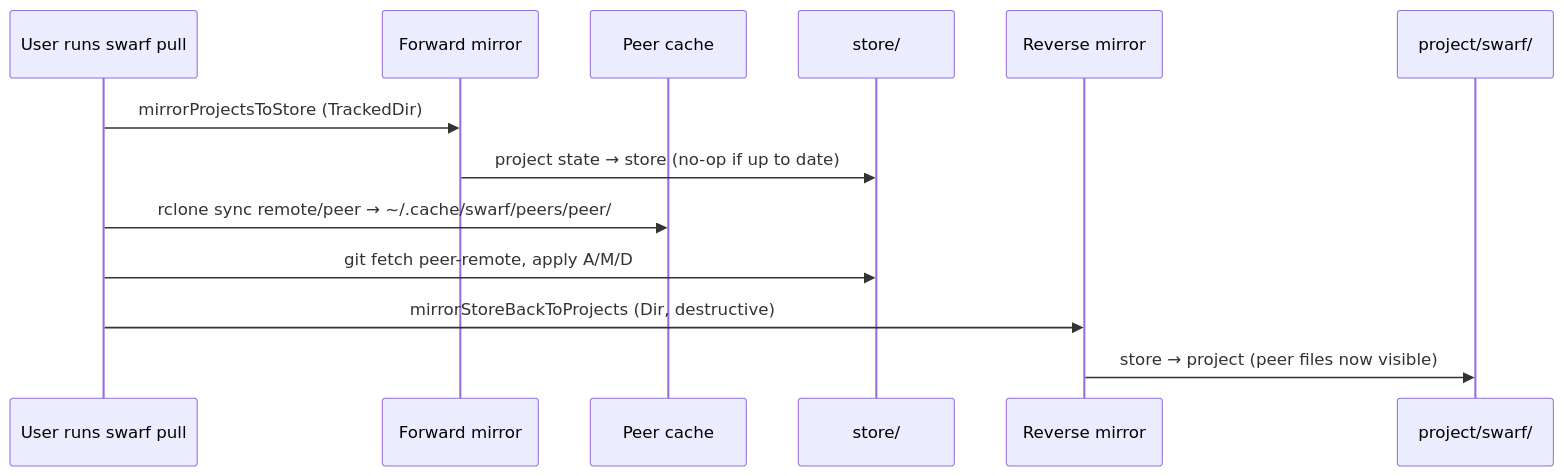
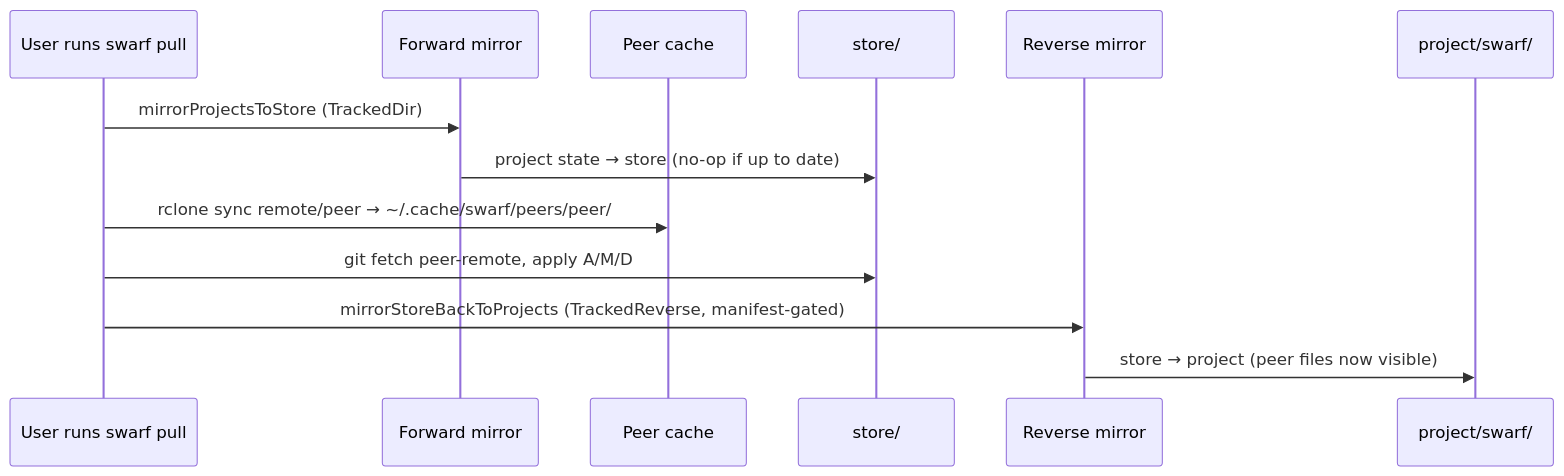
One commit to mschulkind-oss/swarf changed the fifth of 14 diagrams in docs/SYNC_SCENARIOS.md. Above: the diagram before and after it, drawn with Mermaid. The commit also changed other lines of this file and 4 other files, not shown here.

First line of the commit message:
feat(pull): reverse mirror deletes only what it has seen synced

````diff
--- a/docs/SYNC_SCENARIOS.md
+++ b/docs/SYNC_SCENARIOS.md
@@ -151,15 +156,15 @@
 ```mermaid
 sequenceDiagram
     participant U as User runs swarf pull
     participant FM as Forward mirror
     participant PC as Peer cache
     participant S as store/
     participant RM as Reverse mirror
     participant P as project/swarf/
     U->>FM: mirrorProjectsToStore (TrackedDir)
     FM->>S: project state → store (no-op if up to date)
     U->>PC: rclone sync remote/peer → ~/.cache/swarf/peers/peer/
     U->>S: git fetch peer-remote, apply A/M/D
-    U->>RM: mirrorStoreBackToProjects (Dir, destructive)
+    U->>RM: mirrorStoreBackToProjects (TrackedReverse, manifest-gated)
     RM->>P: store → project (peer files now visible)
 ```
````
